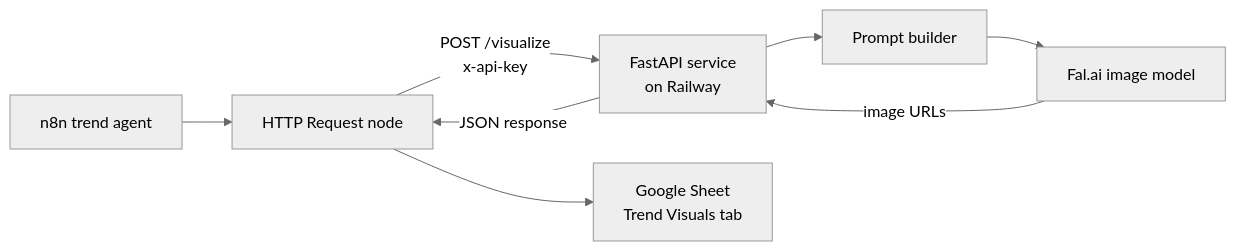
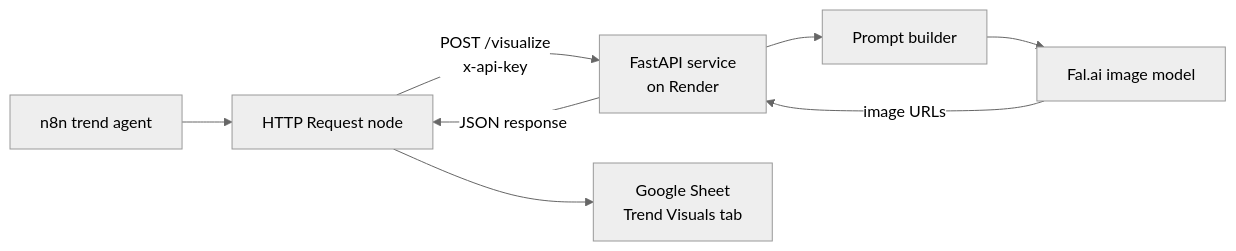
Before and after one commit to Devarsh05/trend-visualiser: the diagram in docs/PRD.md, drawn with Mermaid (neutral theme). The commit also changed other lines of this file and 11 other files, not shown here.

````diff
--- a/docs/PRD.md
+++ b/docs/PRD.md
@@ -56,10 +56,10 @@
 ```mermaid
 flowchart LR
     A[n8n trend agent] --> B[HTTP Request node]
-    B -->|POST /visualize<br/>x-api-key| C[FastAPI service<br/>on Railway]
+    B -->|POST /visualize<br/>x-api-key| C[FastAPI service<br/>on Render]
     C --> D[Prompt builder]
     D --> E[Fal.ai image model]
     E -->|image URLs| C
     C -->|JSON response| B
     B --> F[Google Sheet<br/>Trend Visuals tab]
 ```
````
